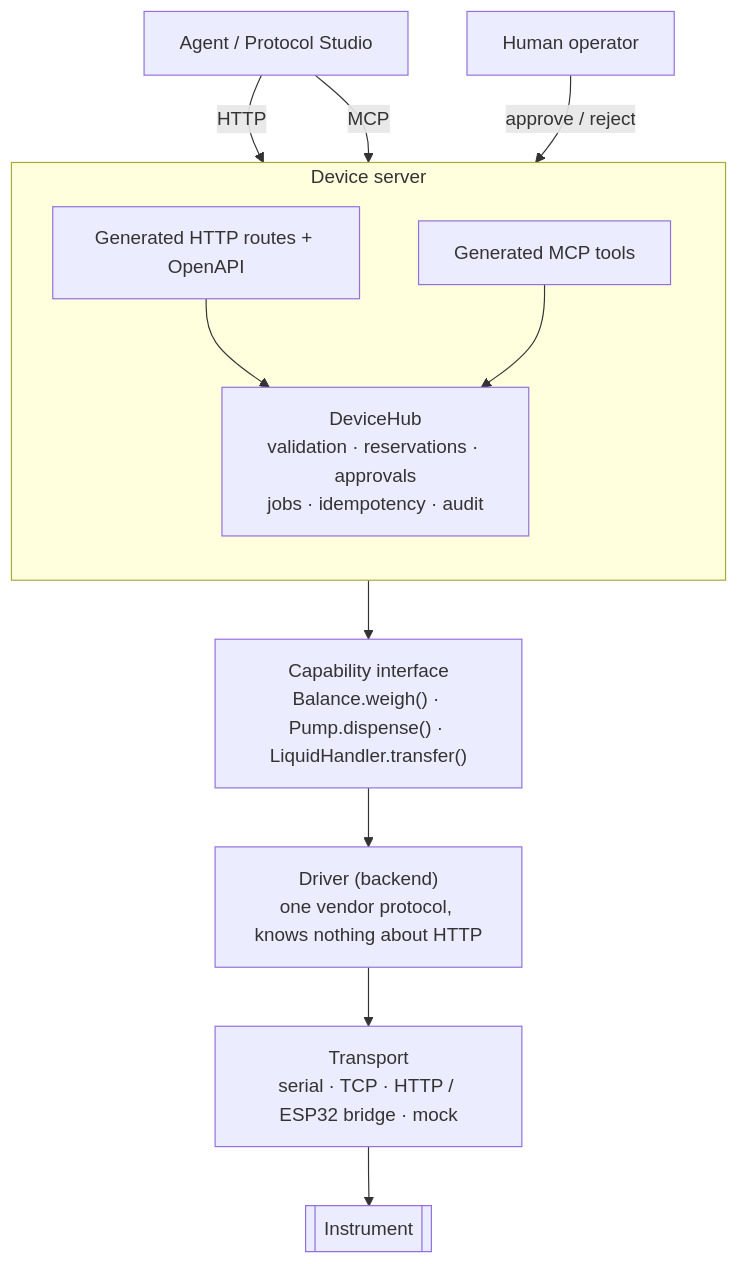
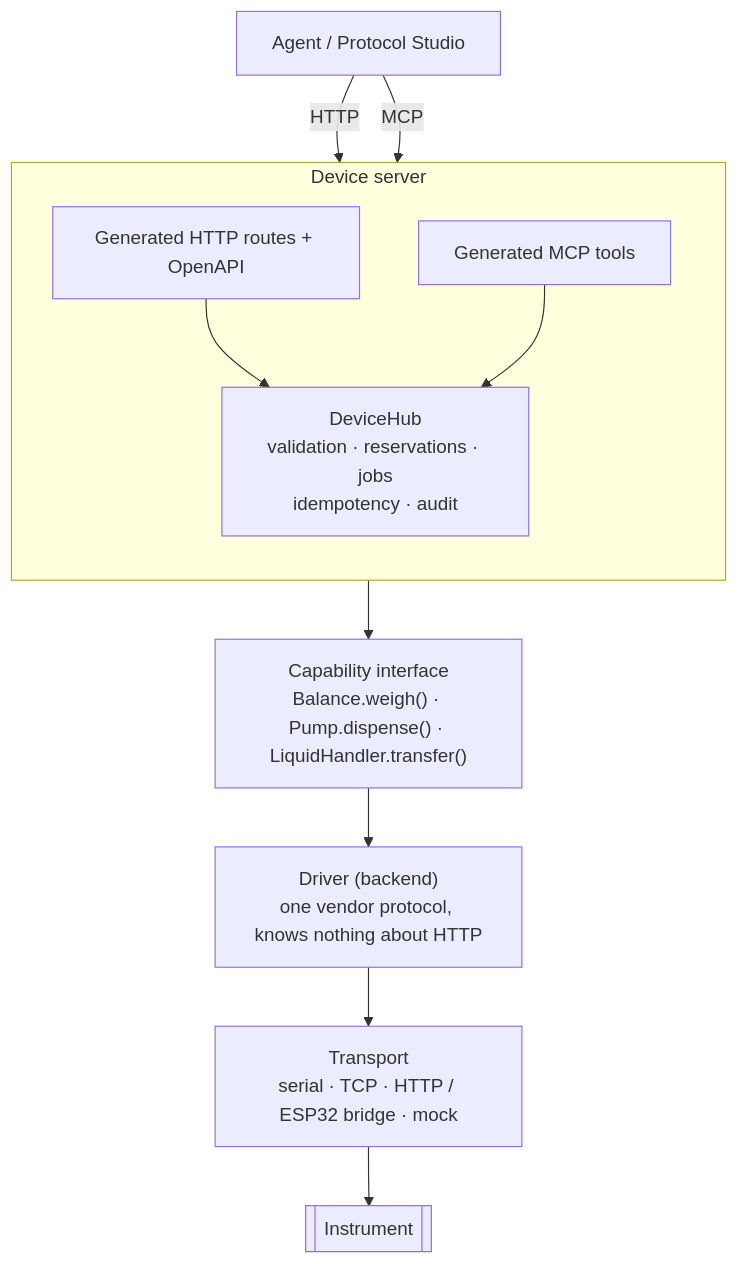
Before and after one commit to jayanthg-artpark/pyreagent: the first of 3 diagrams in README.md, drawn with Mermaid. The commit also changed other lines of this file and 64 other files, not shown here.

````diff
--- a/README.md
+++ b/README.md
@@ -76,24 +79,22 @@
 ```mermaid
 flowchart TB
-    human["Human operator"]
     agent["Agent / Protocol Studio"]
 
     subgraph server["Device server"]
         direction TB
         api["Generated HTTP routes + OpenAPI"]
         mcp["Generated MCP tools"]
-        hub["DeviceHub<br/>validation · reservations · approvals<br/>jobs · idempotency · audit"]
+        hub["DeviceHub<br/>validation · reservations · jobs<br/>idempotency · audit"]
         api --> hub
         mcp --> hub
     end
 
     cap["Capability interface<br/>Balance.weigh() · Pump.dispense() · LiquidHandler.transfer()"]
     drv["Driver (backend)<br/>one vendor protocol, knows nothing about HTTP"]
     io["Transport<br/>serial · TCP · HTTP / ESP32 bridge · mock"]
     hw[["Instrument"]]
 
     agent -->|HTTP| api
     agent -->|MCP| mcp
-    human -->|approve / reject| api
     hub --> cap --> drv --> io --> hw
 ```
````
